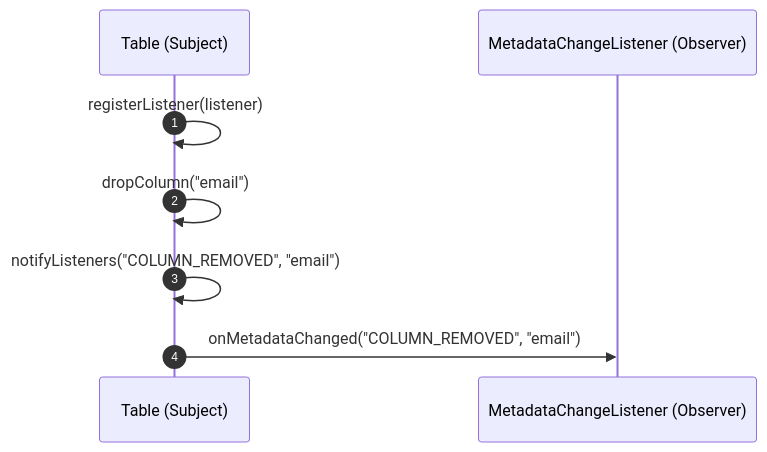
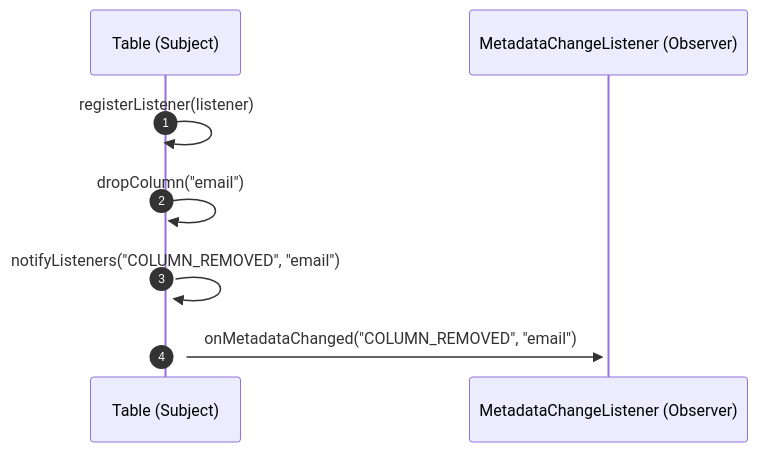
One commit to Dikhang1112/Database_Management_BBV changed the ninth of 14 diagrams in docs/design_patterns/README.md. Above: the diagram before and after it, drawn with Mermaid. The commit also changed other lines of this file and 12 other files, not shown here.

Commit message:
Refactor sequece diagram

````diff
--- a/docs/design_patterns/README.md
+++ b/docs/design_patterns/README.md
@@ -722,11 +722,11 @@
 ```mermaid
 sequenceDiagram
     autonumber
     participant Table as Table (Subject)
     participant Listener as MetadataChangeListener (Observer)
 
-    Table->>Table: registerListener(listener)
-    Table->>Table: dropColumn("email")
-    Table->>Table: notifyListeners("COLUMN_REMOVED", "email")
-    Table->>Listener: onMetadataChanged("COLUMN_REMOVED", "email")
+    Table->>+Table: registerListener(listener)
+    Table->>+Table: dropColumn("email")
+    Table->>+Table: notifyListeners("COLUMN_REMOVED", "email")
+    Table->>+Listener: onMetadataChanged("COLUMN_REMOVED", "email")
 ```
````
